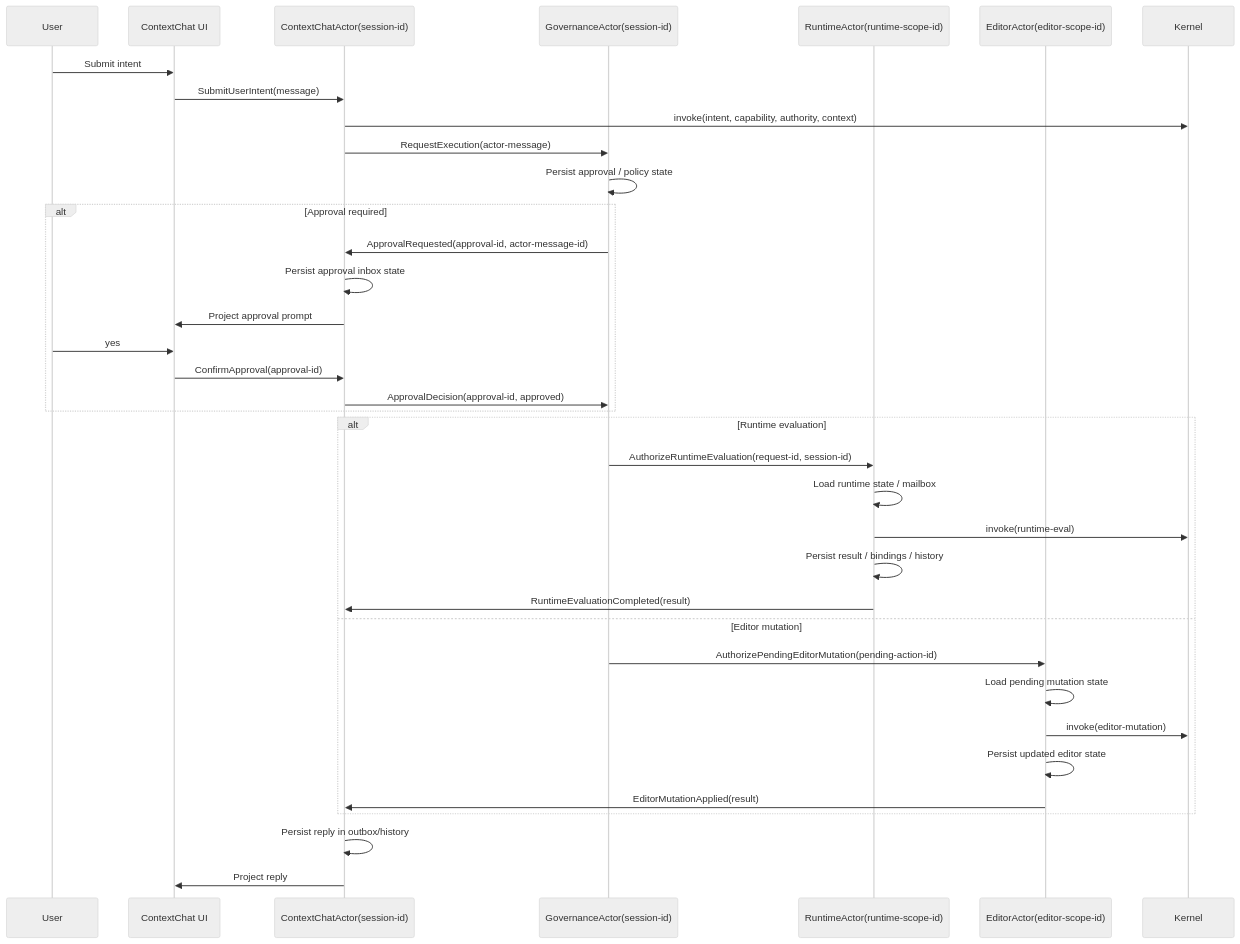
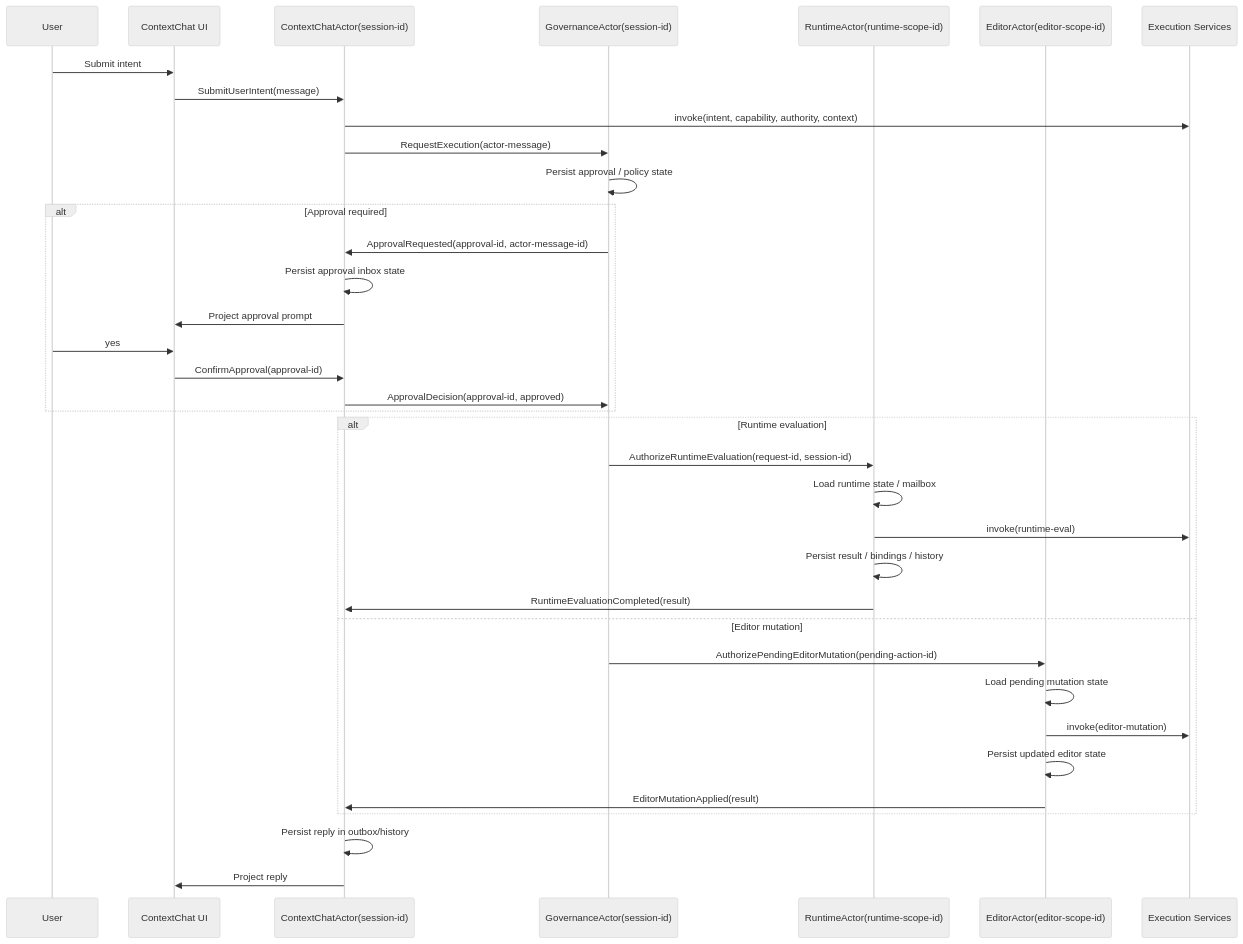
Before and after one commit to pauljbernard/sbcl-agent: the fourth of 4 diagrams in docs/robust-actor-kernel-architecture.md, drawn with Mermaid (neutral theme). The commit also changed other lines of this file and 124 other files, not shown here.

Commit message:
Refactor runtime around actor concurrency core

````diff
--- a/docs/robust-actor-kernel-architecture.md
+++ b/docs/robust-actor-kernel-architecture.md
@@ -214,42 +289,42 @@
 ```mermaid
 sequenceDiagram
     participant U as User
     participant CUI as ContextChat UI
     participant C as ContextChatActor(session-id)
     participant G as GovernanceActor(session-id)
     participant R as RuntimeActor(runtime-scope-id)
     participant E as EditorActor(editor-scope-id)
-    participant K as Kernel
+    participant Core as Execution Services
 
     U->>CUI: Submit intent
     CUI->>C: SubmitUserIntent(message)
-    C->>K: invoke(intent, capability, authority, context)
+    C->>Core: invoke(intent, capability, authority, context)
     C->>G: RequestExecution(actor-message)
     G->>G: Persist approval / policy state
 
     alt Approval required
         G->>C: ApprovalRequested(approval-id, actor-message-id)
         C->>C: Persist approval inbox state
         C->>CUI: Project approval prompt
         U->>CUI: yes
         CUI->>C: ConfirmApproval(approval-id)
         C->>G: ApprovalDecision(approval-id, approved)
     end
 
     alt Runtime evaluation
         G->>R: AuthorizeRuntimeEvaluation(request-id, session-id)
         R->>R: Load runtime state / mailbox
-        R->>K: invoke(runtime-eval)
+        R->>Core: invoke(runtime-eval)
         R->>R: Persist result / bindings / history
         R->>C: RuntimeEvaluationCompleted(result)
     else Editor mutation
         G->>E: AuthorizePendingEditorMutation(pending-action-id)
         E->>E: Load pending mutation state
-        E->>K: invoke(editor-mutation)
+        E->>Core: invoke(editor-mutation)
         E->>E: Persist updated editor state
         E->>C: EditorMutationApplied(result)
     end
 
     C->>C: Persist reply in outbox/history
     C->>CUI: Project reply
 ```
````
